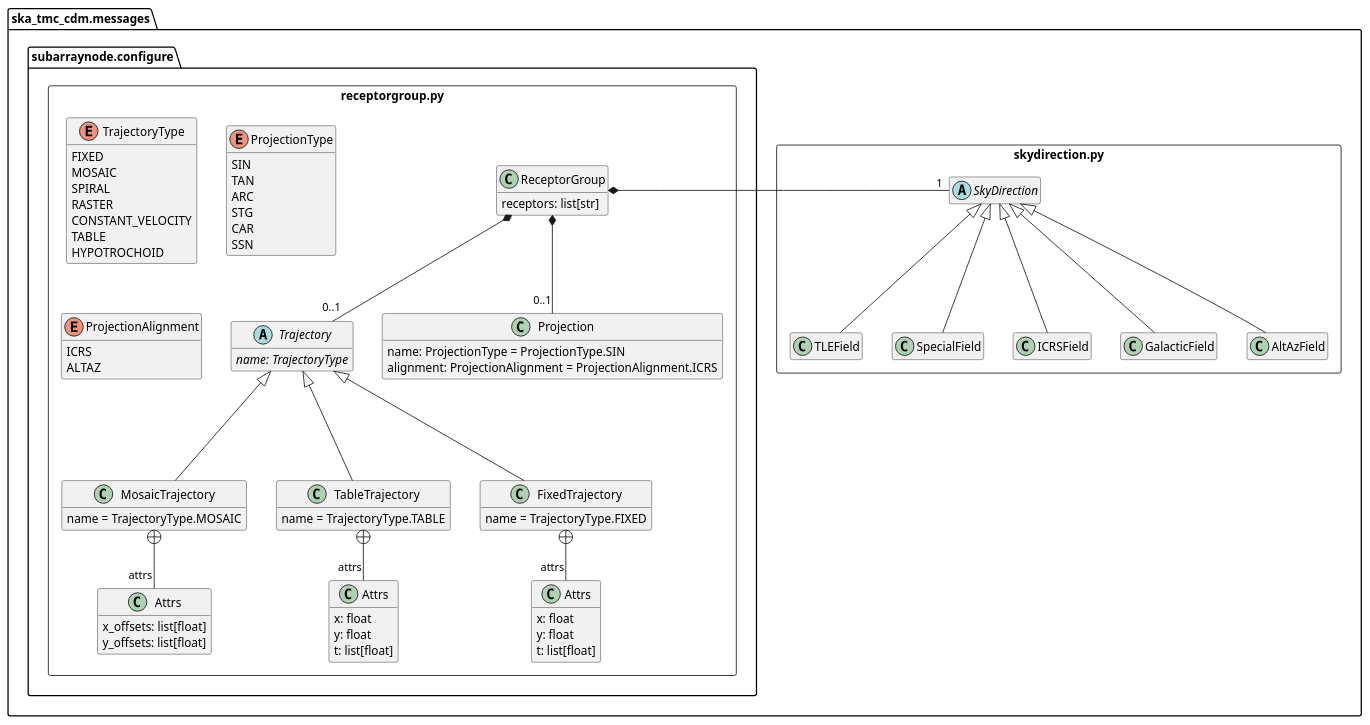
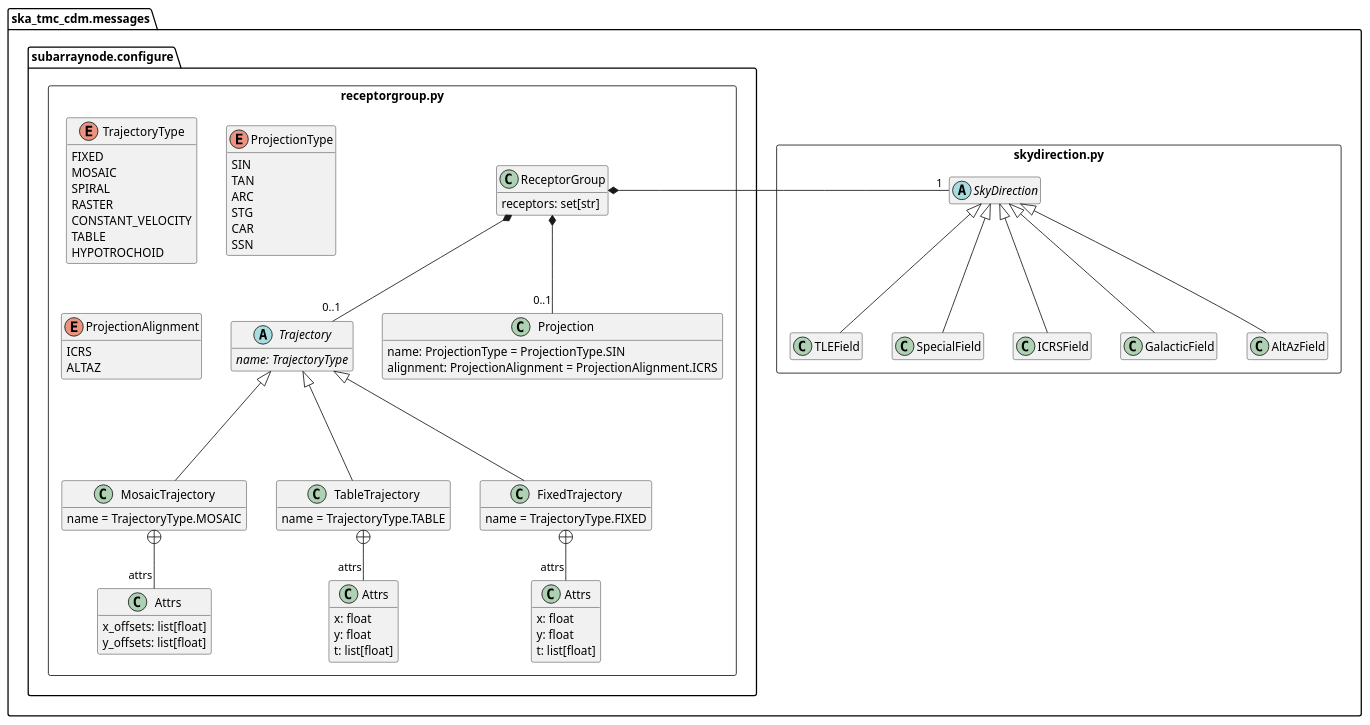
The diagram in docs/src/developer/subarraynode/receptorgroup.puml (ska-telescope/cdm-shared-library), drawn with PlantUML before and after one commit. The commit also changed 2 other files, not shown here.

Commit message:
BTN-2460: make ReceptorGroup.receptors a set
Makes ReceptorGroup.receptors a set instead of a list.

```diff
--- a/docs/src/developer/subarraynode/receptorgroup.puml
+++ b/docs/src/developer/subarraynode/receptorgroup.puml
@@ -1,95 +1,95 @@
 @startuml
 hide empty members
 
 package "ska_tmc_cdm.messages" as base {
 
   package "skydirection.py" as skydirection <<Rectangle>> {
     abstract class SkyDirection {}
     SkyDirection <|-- TLEField
     SkyDirection <|-- SpecialField
     SkyDirection <|-- ICRSField
     SkyDirection <|-- GalacticField
     SkyDirection <|-- AltAzField
   }
 
   package "subarraynode.configure" as main {
 
     package "receptorgroup.py" as bar <<Rectangle>> {
 
       enum TrajectoryType {
         FIXED
         MOSAIC
         SPIRAL
         RASTER
         CONSTANT_VELOCITY
         TABLE
         HYPOTROCHOID
       }
 
       class MosaicTrajectory {
         name = TrajectoryType.MOSAIC
       }
       class "Attrs" as MosaicAttrs {
         x_offsets: list[float]
         y_offsets: list[float]
       }
       MosaicTrajectory +-- "attrs" MosaicAttrs
 
       class TableTrajectory {
         name = TrajectoryType.TABLE
       }
       class "Attrs" as TableTrajectoryAttrs {
         x: float
         y: float
         t: list[float]
       }
       TableTrajectory +-- "attrs" TableTrajectoryAttrs
 
       class FixedTrajectory {
         name = TrajectoryType.FIXED
       }
       class "Attrs" as FixedTrajectoryAttrs {
         x: float
         y: float
         t: list[float]
       }
       FixedTrajectory +-- "attrs" FixedTrajectoryAttrs
 
 
       abstract class Trajectory {
         {abstract} name: TrajectoryType
       }
       Trajectory <|--- MosaicTrajectory
       Trajectory <|--- TableTrajectory
       Trajectory <|--- FixedTrajectory
 
       enum ProjectionType {
         SIN
         TAN
         ARC
         STG
         CAR
         SSN
       }
 
       enum ProjectionAlignment {
         ICRS
         ALTAZ
       }
 
       class Projection {
         name: ProjectionType = ProjectionType.SIN
         alignment: ProjectionAlignment = ProjectionAlignment.ICRS
       }
 
       class ReceptorGroup {
-        receptors: list[str]
+        receptors: set[str]
       }
       ReceptorGroup *-- "0..1" Trajectory
       ReceptorGroup *-- "0..1" Projection
       ReceptorGroup *- "1" SkyDirection
     }
   }
 }
 
 @enduml
```
